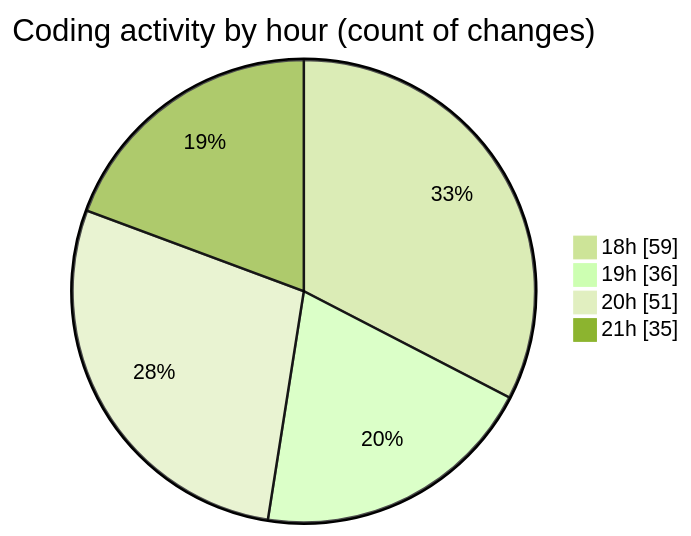
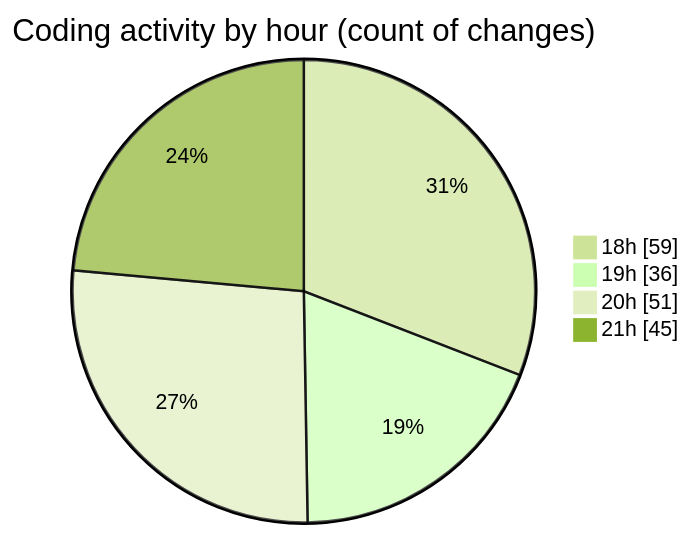
The second of 2 diagrams in 2025-04-02/back-end/README.md (Netris89/code-tracking), drawn with Mermaid (forest theme) before and after one commit. The commit also changed other lines of this file and 1 other file, not shown here.

````diff
--- a/2025-04-02/back-end/README.md
+++ b/2025-04-02/back-end/README.md
@@ -41,8 +41,8 @@
 ```mermaid
 pie showData
 title Coding activity by hour (count of changes)
 "18h" : 59
 "19h" : 36
 "20h" : 51
-"21h" : 35
+"21h" : 45
 ```
````
